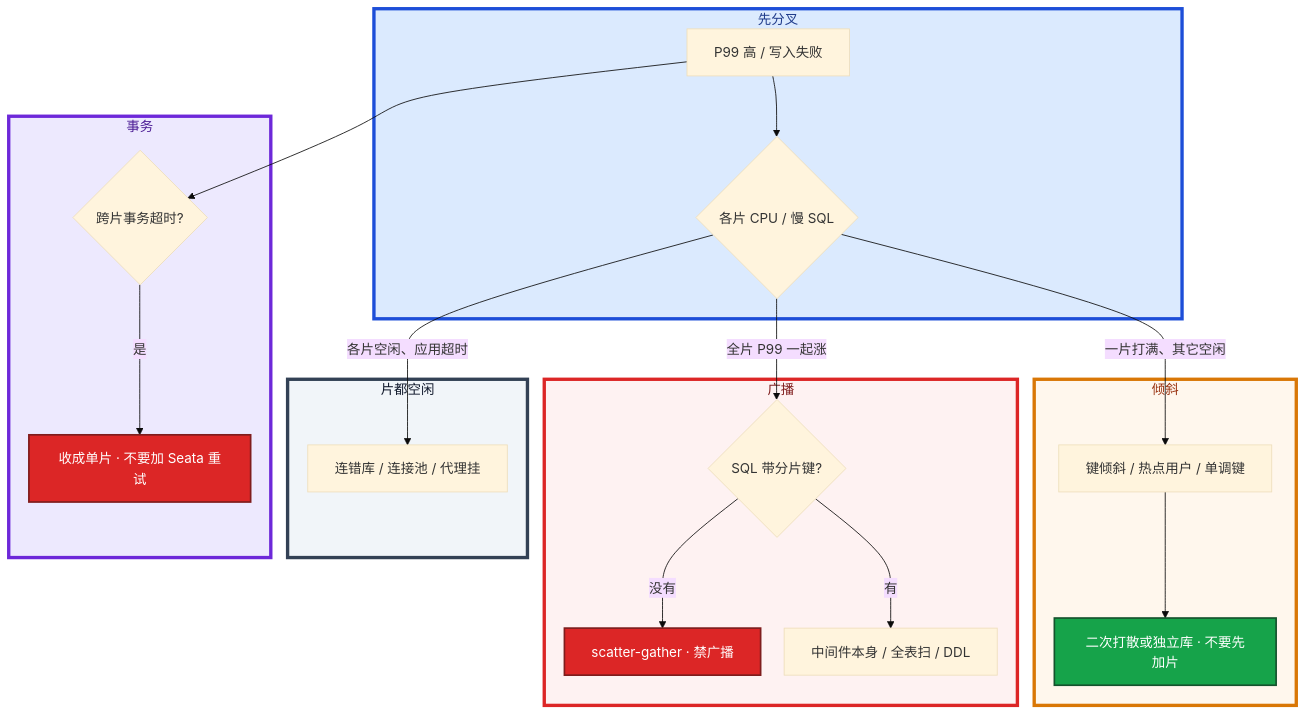
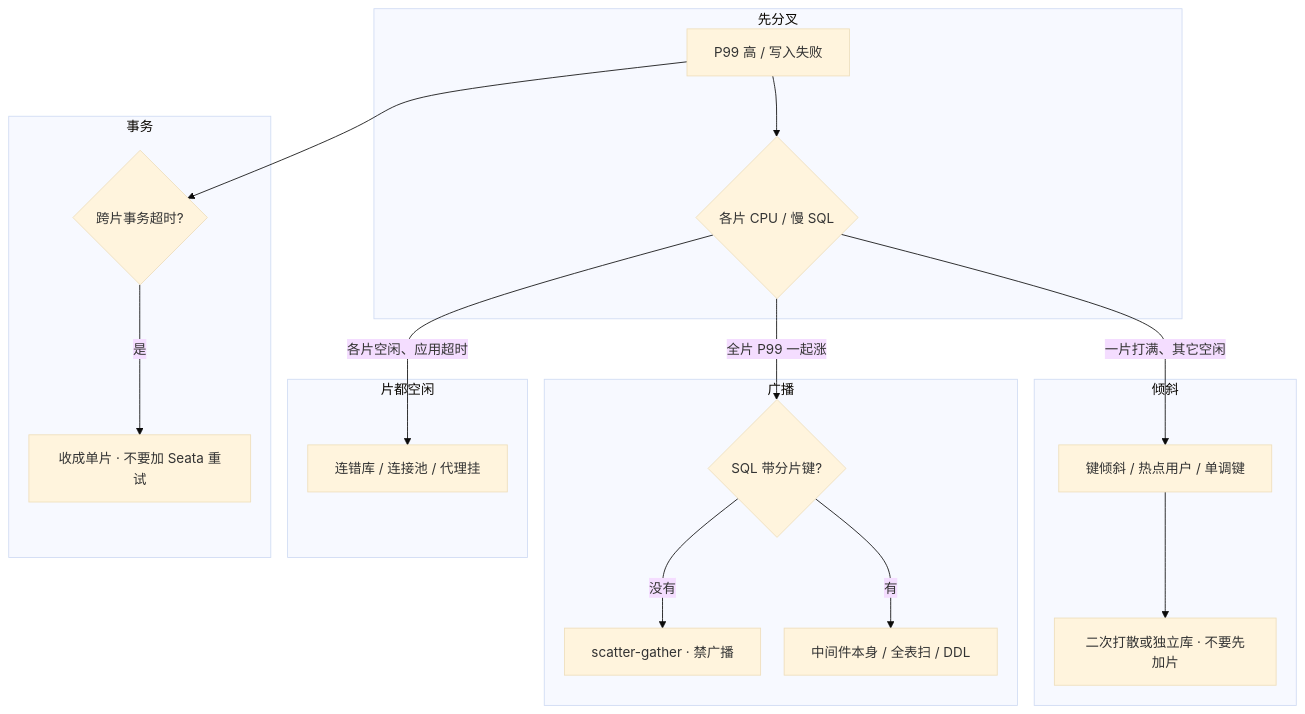
The sixth of 6 diagrams in 02-中间件与数据库/07-分库分表与中间件/知识点.md (ml-cuizijun/LearnToLilith), drawn with Mermaid before and after one commit. The commit also changed other lines of this file and 470 other files, not shown here.

````diff
--- a/02-中间件与数据库/07-分库分表与中间件/知识点.md
+++ b/02-中间件与数据库/07-分库分表与中间件/知识点.md
@@ -591,38 +578,31 @@
 ```mermaid
 %%{init: {"flowchart": {"padding": 16, "nodeSpacing": 28, "rankSpacing": 48}, "theme": "base"}}%%
 flowchart TB
     subgraph gate ["先分叉"]
         A[P99 高 / 写入失败] --> B{各片 CPU / 慢 SQL}
     end
 
     subgraph tilt ["倾斜"]
         B -->|一片打满、其它空闲| C[键倾斜 / 热点用户 / 单调键]
         C --> C1[二次打散或独立库 · 不要先加片]
     end
 
     subgraph scatter ["广播"]
         B -->|全片 P99 一起涨| D{SQL 带分片键?}
         D -->|没有| E[scatter-gather · 禁广播]
         D -->|有| F[中间件本身 / 全表扫 / DDL]
     end
 
     subgraph empty ["片都空闲"]
         B -->|各片空闲、应用超时| G[连错库 / 连接池 / 代理挂]
     end
 
     subgraph tx ["事务"]
         A --> H{跨片事务超时?}
         H -->|是| I[收成单片 · 不要加 Seata 重试]
     end
 
-    classDef bad fill:#DC2626,stroke:#7F1D1D,stroke-width:2px,color:#fff
-    classDef ok fill:#16A34A,stroke:#14532D,stroke-width:2px,color:#fff
     class E,I bad
     class C1 ok
 
-    style gate fill:#DBEAFE,stroke:#1D4ED8,stroke-width:4px,color:#1E3A8A
-    style tilt fill:#FFF7ED,stroke:#D97706,stroke-width:4px,color:#9A3412
-    style scatter fill:#FEF2F2,stroke:#DC2626,stroke-width:4px,color:#7F1D1D
-    style empty fill:#F1F5F9,stroke:#334155,stroke-width:4px,color:#0F172A
-    style tx fill:#EDE9FE,stroke:#6D28D9,stroke-width:4px,color:#4C1D95
 ```
````
